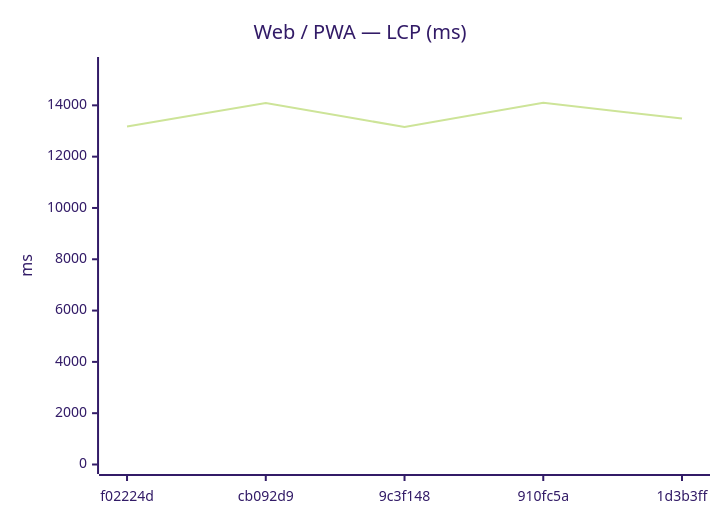
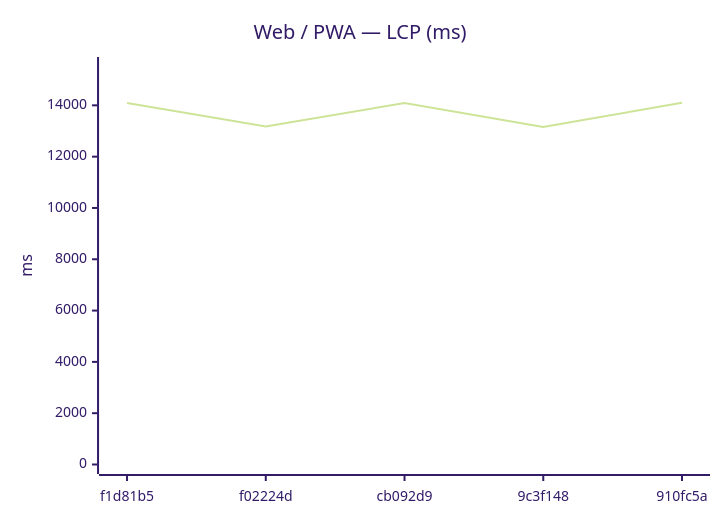
One commit to Metaheurist/Rianell changed the seventh of 18 diagrams in benchmarks/compare.md. Above: the diagram before and after it, drawn with Mermaid (forest theme). The commit also changed other lines of this file and 11 other files, not shown here.

````diff
--- a/benchmarks/compare.md
+++ b/benchmarks/compare.md
@@ -117,7 +117,7 @@
 ```mermaid
 xychart-beta
     title "Web / PWA — LCP (ms)"
-    x-axis ["f02224d", "cb092d9", "9c3f148", "910fc5a", "1d3b3ff"]
+    x-axis ["f1d81b5", "f02224d", "cb092d9", "9c3f148", "910fc5a"]
     y-axis "ms" 0 --> 15514
-    line [13178, 14089, 13157, 14103, 13484]
+    line [14091, 13178, 14089, 13157, 14103]
 ```
````
